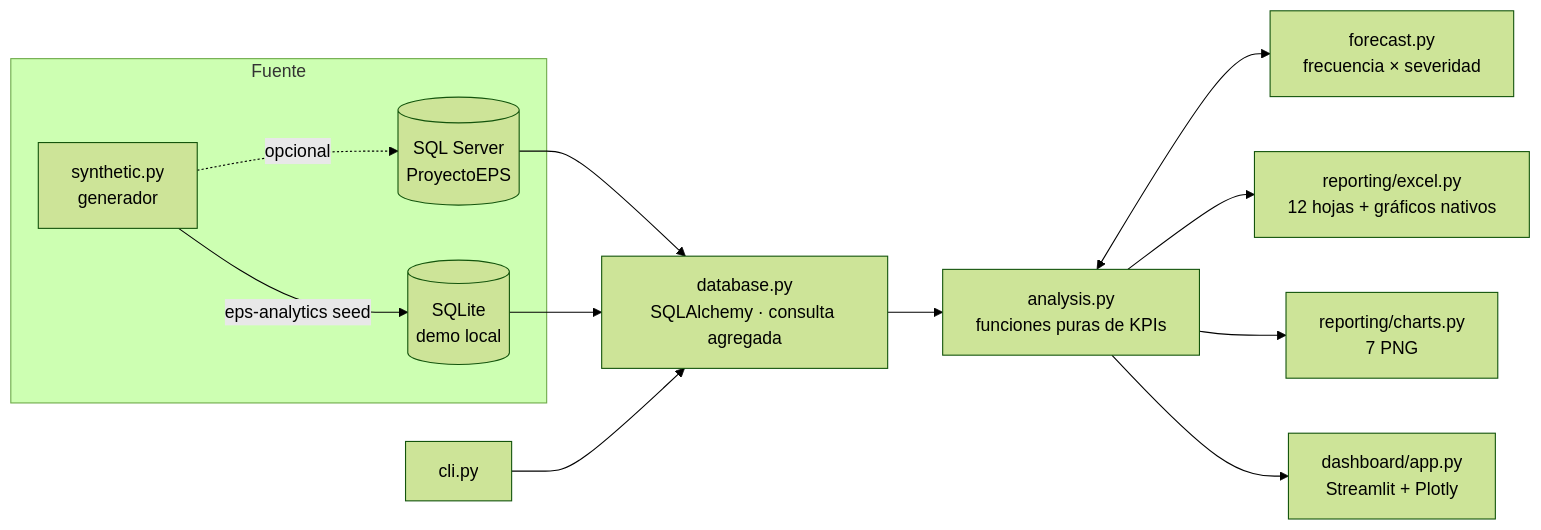
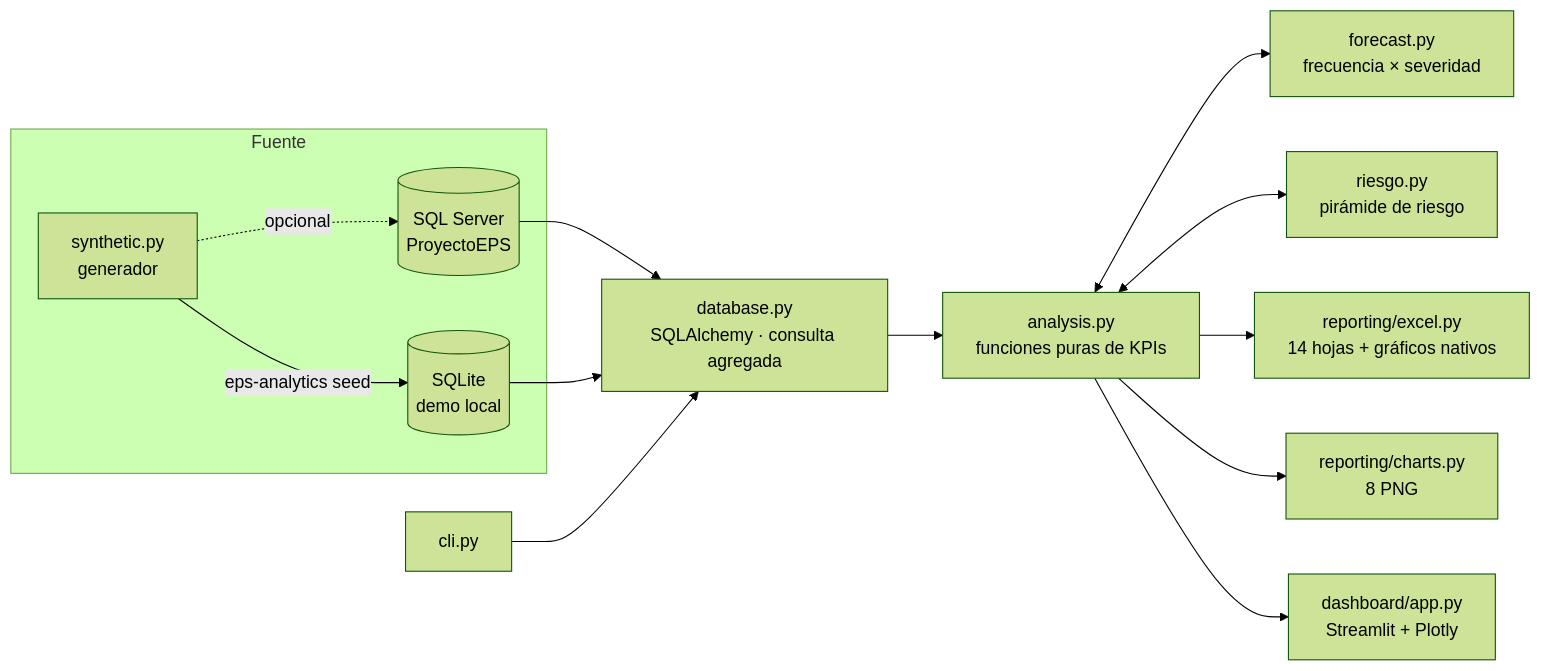
Before and after one commit to zemogc/AnalisisDatosEps: the first of 2 diagrams in README.md, drawn with Mermaid (forest theme). The commit also changed other lines of this file and 25 other files, not shown here.

First line of the commit message:
feat: pirámide de riesgo explicable con validación prospectiva

````diff
--- a/README.md
+++ b/README.md
@@ -125,16 +131,17 @@
 ```mermaid
 flowchart LR
     subgraph Fuente
         A[(SQL Server<br/>ProyectoEPS)]
         B[(SQLite<br/>demo local)]
         S[synthetic.py<br/>generador] -->|eps-analytics seed| B
         S -.->|opcional| A
     end
     A & B --> D[database.py<br/>SQLAlchemy · consulta agregada]
     D --> E[analysis.py<br/>funciones puras de KPIs]
     E <--> P[forecast.py<br/>frecuencia × severidad]
-    E --> F[reporting/excel.py<br/>12 hojas + gráficos nativos]
-    E --> G[reporting/charts.py<br/>7 PNG]
+    E <--> R[riesgo.py<br/>pirámide de riesgo]
+    E --> F[reporting/excel.py<br/>14 hojas + gráficos nativos]
+    E --> G[reporting/charts.py<br/>8 PNG]
     E --> H[dashboard/app.py<br/>Streamlit + Plotly]
     C[cli.py] --> D
 ```
````
